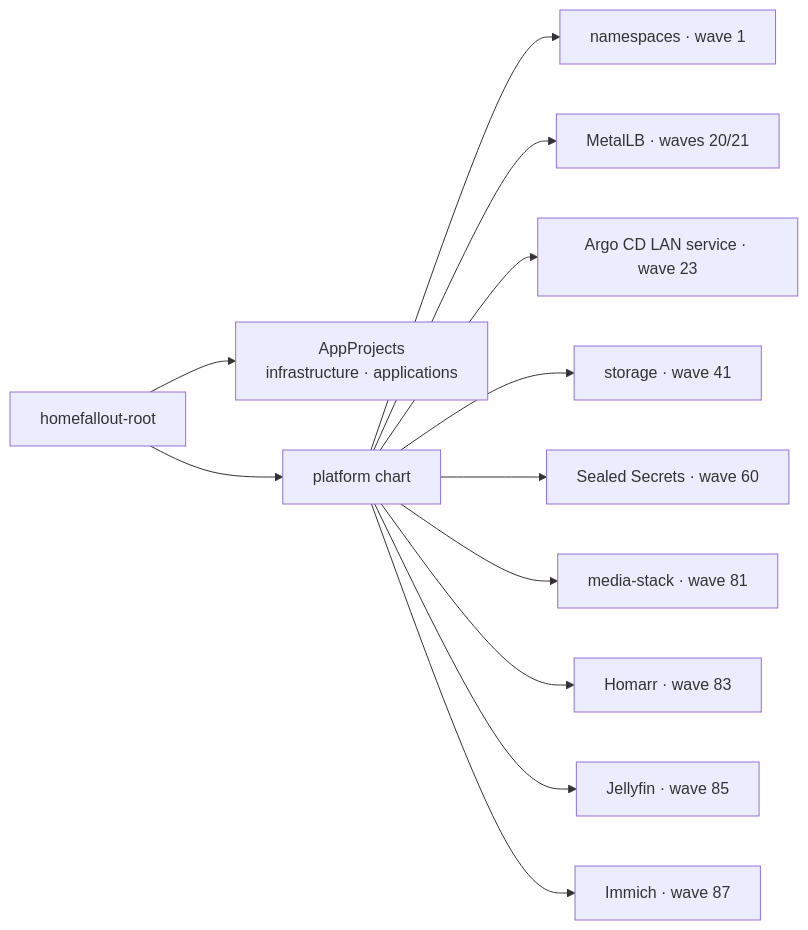
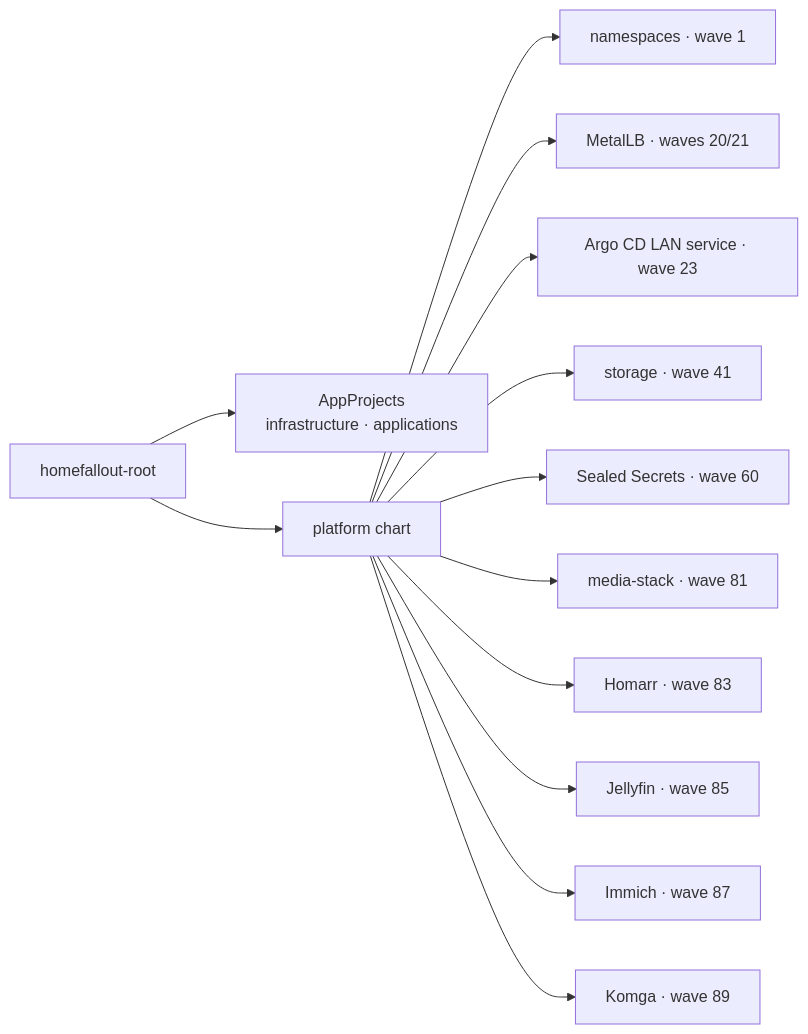
Before and after one commit to chevlpcmp-lab/HomeFalloutServer: the third of 4 diagrams in docs/architecture.md, drawn with Mermaid. The commit also changed other lines of this file and 16 other files, not shown here.

````diff
--- a/docs/architecture.md
+++ b/docs/architecture.md
@@ -110,14 +113,15 @@
 ```mermaid
 flowchart LR
     Root["homefallout-root"] --> Projects["AppProjects<br/>infrastructure · applications"]
     Root --> Platform["platform chart"]
     Platform --> N["namespaces · wave 1"]
     Platform --> M["MetalLB · waves 20/21"]
     Platform --> A["Argo CD LAN service · wave 23"]
     Platform --> S["storage · wave 41"]
     Platform --> SS["Sealed Secrets · wave 60"]
     Platform --> MS["media-stack · wave 81"]
     Platform --> H["Homarr · wave 83"]
     Platform --> J["Jellyfin · wave 85"]
     Platform --> I["Immich · wave 87"]
+    Platform --> K["Komga · wave 89"]
 ```
````
